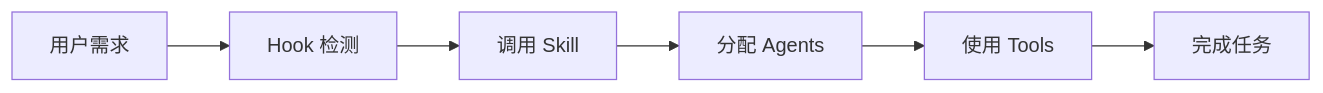
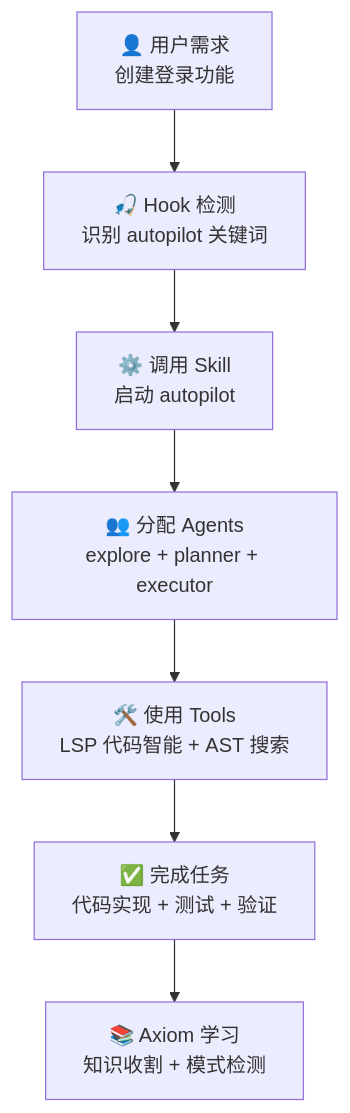
The diagram in docs/getting-started/concepts.md (liangjie559567/ultrapower), drawn with Mermaid before and after one commit. The commit also changed other lines of this file and 1593 other files, not shown here.

````diff
--- a/docs/getting-started/concepts.md
+++ b/docs/getting-started/concepts.md
@@ -101,8 +117,9 @@
 ```mermaid
-graph LR
-    A[用户需求] --> B[Hook 检测]
-    B --> C[调用 Skill]
-    C --> D[分配 Agents]
-    D --> E[使用 Tools]
-    E --> F[完成任务]
+graph TB
+    A["👤 用户需求<br/>创建登录功能"] --> B["🎣 Hook 检测<br/>识别 autopilot 关键词"]
+    B --> C["⚙️ 调用 Skill<br/>启动 autopilot"]
+    C --> D["👥 分配 Agents<br/>explore + planner + executor"]
+    D --> E["🛠️ 使用 Tools<br/>LSP 代码智能 + AST 搜索"]
+    E --> F["✅ 完成任务<br/>代码实现 + 测试 + 验证"]
+    F --> G["📚 Axiom 学习<br/>知识收割 + 模式检测"]
 ```
````
